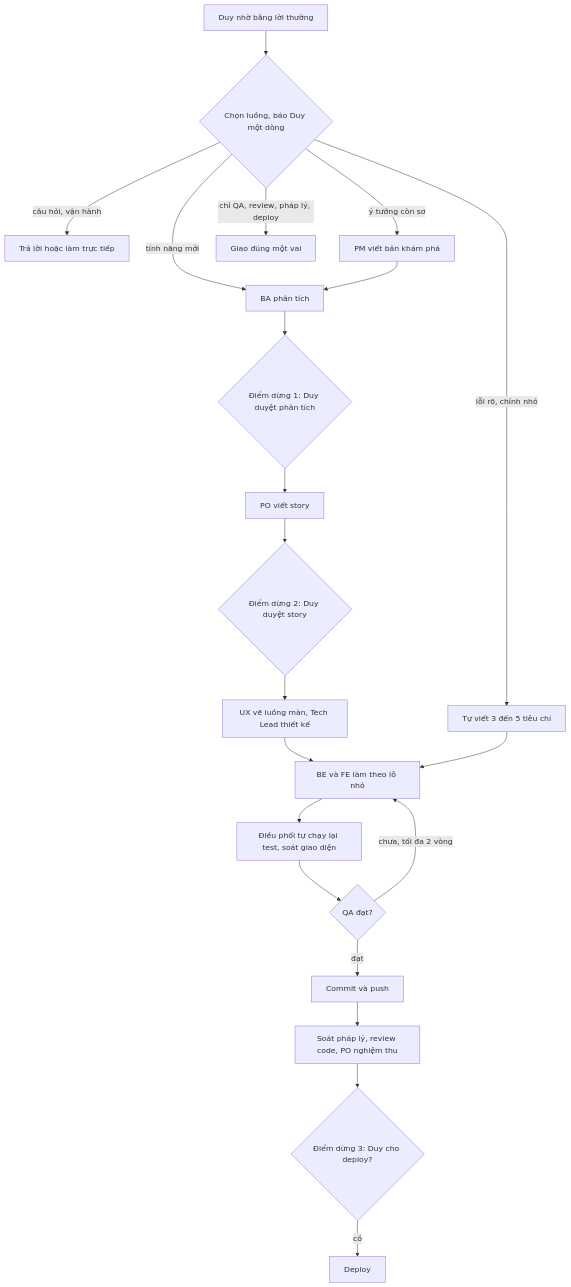
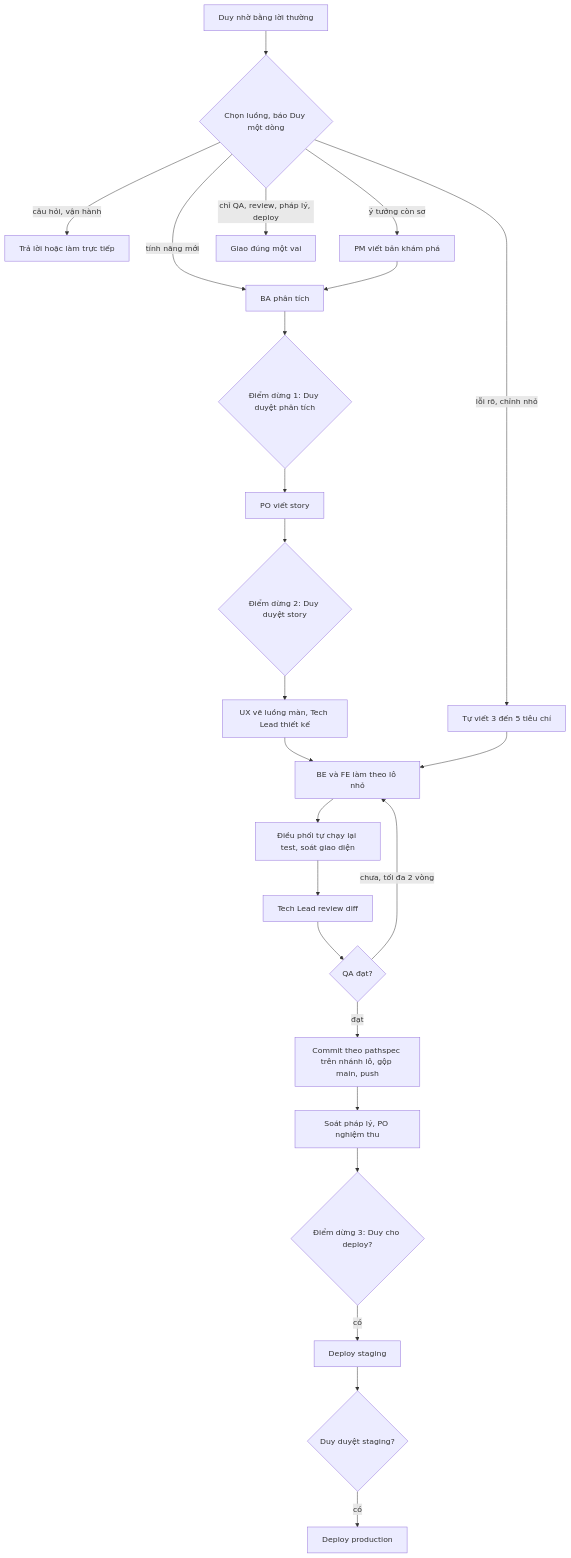
Before and after one commit to DuyduyFedev46/fish: the diagram in .claude/skills/feature/SKILL.md, drawn with Mermaid. The commit also changed other lines of this file and 86 other files, not shown here.

First line of the commit message:
doc: sửa tài liệu legacy theo rà soát 11/10 (94 mục)

````diff
--- a/.claude/skills/feature/SKILL.md
+++ b/.claude/skills/feature/SKILL.md
@@ -9,23 +9,26 @@
 ```mermaid
 flowchart TD
   Y["Duy nhờ bằng lời thường"] --> L{"Chọn luồng, báo Duy một dòng"}
   L -- "câu hỏi, vận hành" --> TT["Trả lời hoặc làm trực tiếp"]
   L -- "ý tưởng còn sơ" --> PM["PM viết bản khám phá"]
   L -- "tính năng mới" --> BA["BA phân tích"]
   L -- "lỗi rõ, chỉnh nhỏ" --> AC["Tự viết 3 đến 5 tiêu chí"]
   L -- "chỉ QA, review, pháp lý, deploy" --> RIENG["Giao đúng một vai"]
   PM --> BA
   BA --> D1{"Điểm dừng 1: Duy duyệt phân tích"}
   D1 --> PO["PO viết story"]
   PO --> D2{"Điểm dừng 2: Duy duyệt story"}
   D2 --> UXTL["UX vẽ luồng màn, Tech Lead thiết kế"]
   UXTL --> DEV["BE và FE làm theo lô nhỏ"]
   AC --> DEV
   DEV --> KC["Điều phối tự chạy lại test, soát giao diện"]
-  KC --> QA{"QA đạt?"}
+  KC --> TLR["Tech Lead review diff"]
+  TLR --> QA{"QA đạt?"}
   QA -- "chưa, tối đa 2 vòng" --> DEV
-  QA -- "đạt" --> GIT["Commit và push"]
-  GIT --> RV["Soát pháp lý, review code, PO nghiệm thu"]
+  QA -- "đạt" --> GIT["Commit theo pathspec trên nhánh lô, gộp main, push"]
+  GIT --> RV["Soát pháp lý, PO nghiệm thu"]
   RV --> D3{"Điểm dừng 3: Duy cho deploy?"}
-  D3 -- "có" --> DEP["Deploy"]
+  D3 -- "có" --> STG["Deploy staging"]
+  STG --> D4{"Duy duyệt staging?"}
+  D4 -- "có" --> PRD["Deploy production"]
 ```
````
